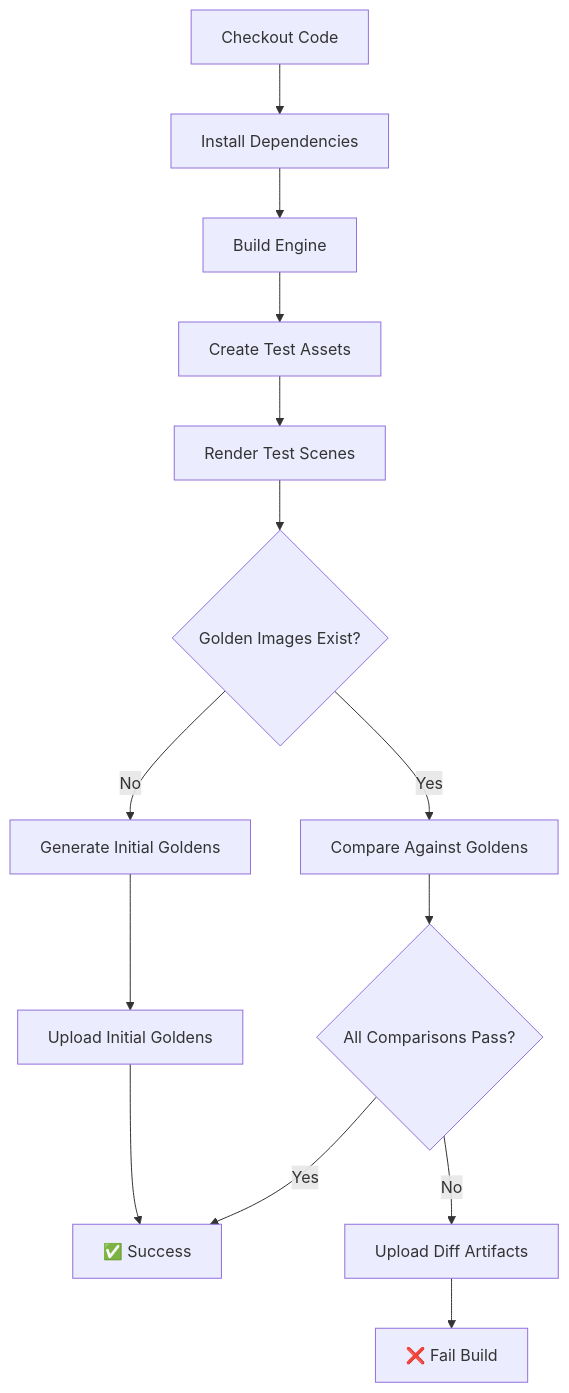
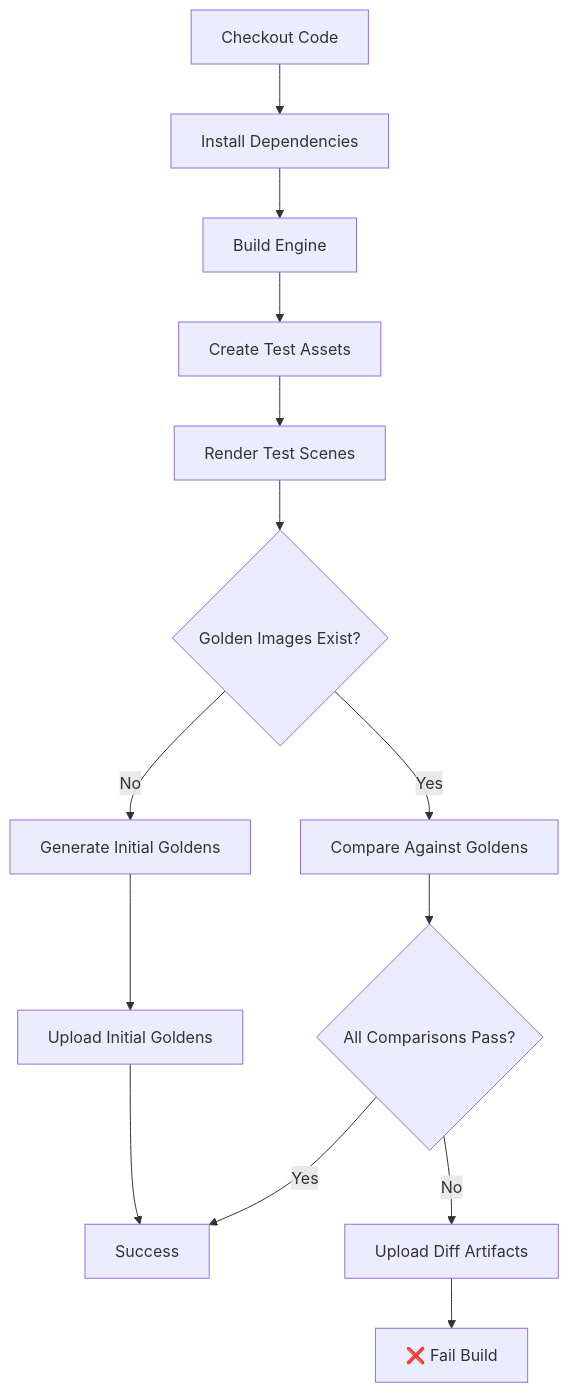
One commit to QuinnAho/Glint3D changed the diagram in docs/GOLDEN_IMAGE_CI.md. Above: the diagram before and after it, drawn with Mermaid. The commit also changed other lines of this file and 4 other files, not shown here.

````diff
--- a/docs/GOLDEN_IMAGE_CI.md
+++ b/docs/GOLDEN_IMAGE_CI.md
@@ -38,16 +38,16 @@
 ```mermaid
 graph TD
     A[Checkout Code] --> B[Install Dependencies]
     B --> C[Build Engine]
     C --> D[Create Test Assets]
     D --> E[Render Test Scenes]
     E --> F{Golden Images Exist?}
     F -->|Yes| G[Compare Against Goldens]
     F -->|No| H[Generate Initial Goldens]
     G --> I{All Comparisons Pass?}
-    I -->|Yes| J[✅ Success]
+    I -->|Yes| J[Success]
     I -->|No| K[Upload Diff Artifacts]
     K --> L[❌ Fail Build]
     H --> M[Upload Initial Goldens]
     M --> J
 ```
````
